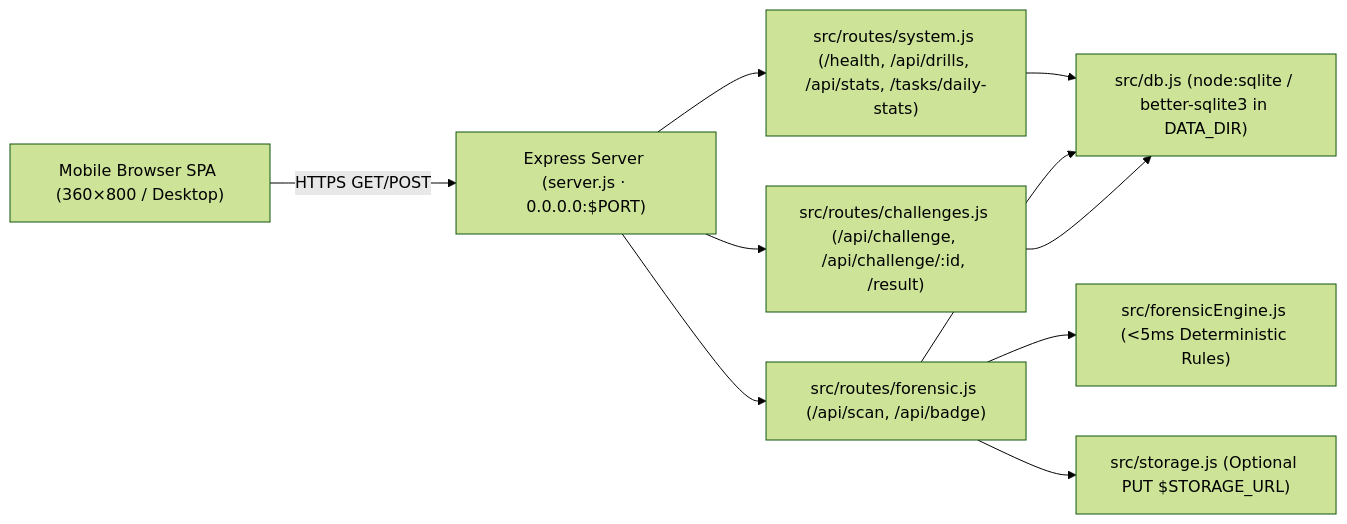
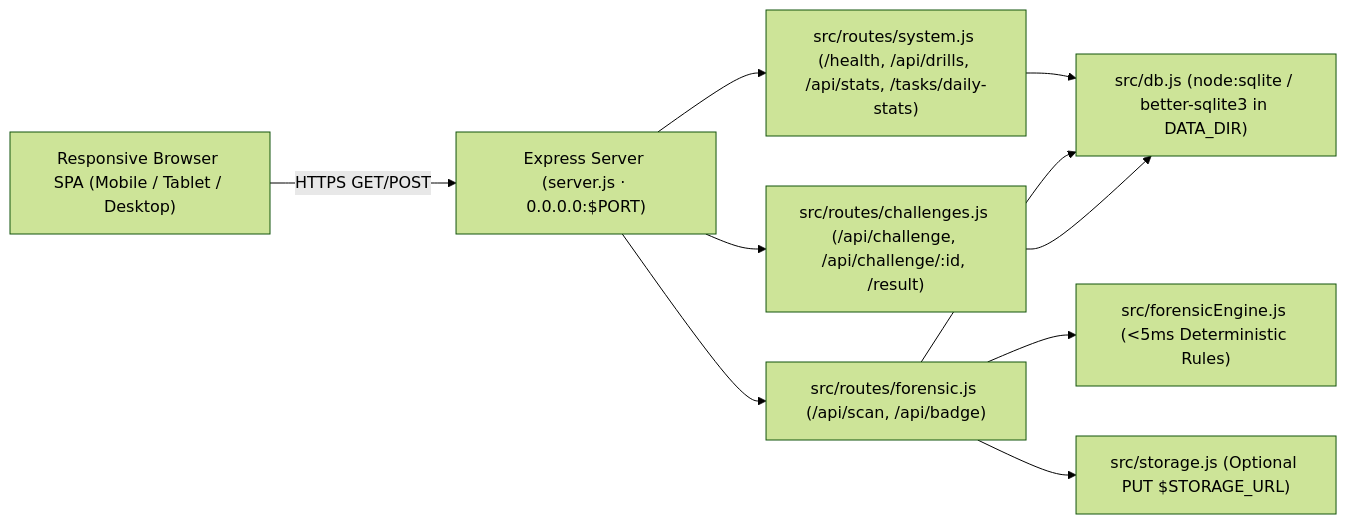
The diagram in README.md (SanTiwari07/BaitCheck), drawn with Mermaid (forest theme) before and after one commit. The commit also changed other lines of this file and 9 other files, not shown here.

Commit message:
Improve responsive mobile/tablet/desktop UI, hide scrollbars, and update README with screenshots

````diff
--- a/README.md
+++ b/README.md
@@ -51,10 +73,10 @@
 ```mermaid
 flowchart LR
-  U["Mobile Browser SPA (360×800 / Desktop)"] -->|HTTPS GET/POST| E["Express Server (server.js · 0.0.0.0:$PORT)"]
+  U["Responsive Browser SPA (Mobile / Tablet / Desktop)"] -->|HTTPS GET/POST| E["Express Server (server.js · 0.0.0.0:$PORT)"]
   E --> R1["src/routes/system.js (/health, /api/drills, /api/stats, /tasks/daily-stats)"]
   E --> R2["src/routes/forensic.js (/api/scan, /api/badge)"]
   E --> R3["src/routes/challenges.js (/api/challenge, /api/challenge/:id, /result)"]
   R2 --> FE["src/forensicEngine.js (<5ms Deterministic Rules)"]
   R2 --> ST["src/storage.js (Optional PUT $STORAGE_URL)"]
   R1 & R2 & R3 --> DB["src/db.js (node:sqlite / better-sqlite3 in DATA_DIR)"]
 ```
````
